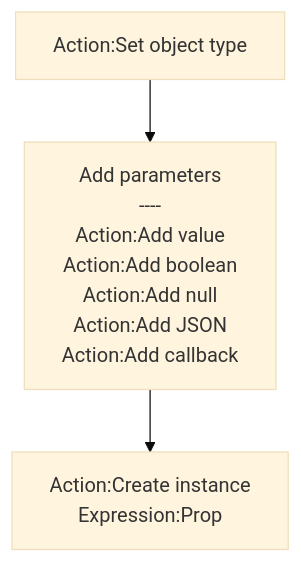
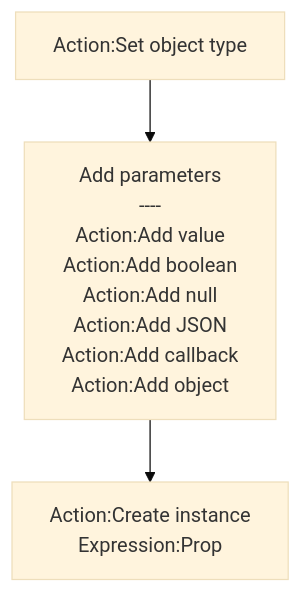
The second of 2 diagrams in plugins.md/rex_jsshell.md (rexrainbow/C2RexDoc), drawn with Mermaid (base theme) before and after one commit. The commit also changed other lines of this file and 6 other files, not shown here.

````diff
--- a/plugins.md/rex_jsshell.md
+++ b/plugins.md/rex_jsshell.md
@@ -81,6 +81,6 @@
 ```mermaid
 graph TB
 
-SetFnName["Action:Set object type"] --> AddParam["Add parameters<br>----<br>Action:Add value<br>Action:Add boolean<br>Action:Add null<br>Action:Add JSON<br>Action:Add callback"]
+SetFnName["Action:Set object type"] --> AddParam["Add parameters<br>----<br>Action:Add value<br>Action:Add boolean<br>Action:Add null<br>Action:Add JSON<br>Action:Add callback<br>Action:Add object"]
 AddParam --> CreateInstance["Action:Create instance<br>Expression:Prop"]
 ```
````
